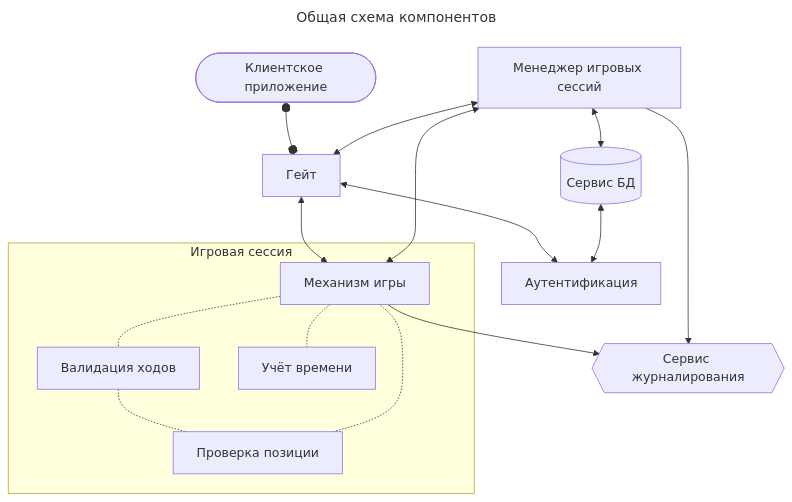
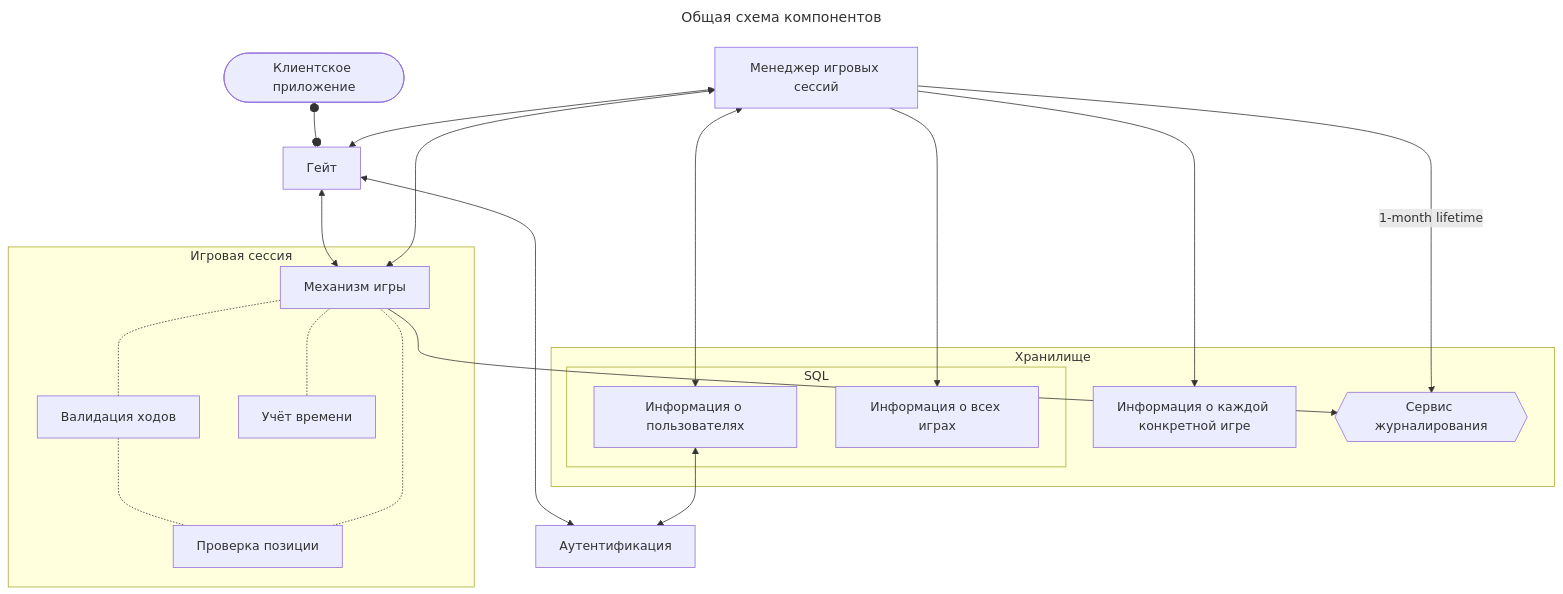
One commit to sadmadrus/chessBox changed the diagram in docs/arch.md. Above: the diagram before and after it, drawn with Mermaid.

Commit message:
arch update based on chat discussions

````diff
--- a/docs/arch.md
+++ b/docs/arch.md
@@ -4,25 +4,34 @@
 ```mermaid
 ---
 title: Общая схема компонентов
 ---
 flowchart TD
     Client([Клиентское приложение])
     Gate[Гейт]
     Auth[Аутентификация]
     GS[Менеджер игровых сессий]
-    DB[(Сервис БД)]
-    Logs{{Сервис журналирования}}
     subgraph ChessGame[Игровая сессия]
         Game[Механизм игры]
         MoveValidator[Валидация ходов]
         Position[Проверка позиции]
         Timing[Учёт времени]
         Game -.- Timing
+        Game -.- MoveValidator -.- Position -.- Game
+    end
+    subgraph Repository[Хранилище]
+        subgraph SQL[SQL]
+            User[Информация о пользователях]
+            GamesInfo[Информация о всех играх]
+        end
+        GameDetail[Информация о каждой конкретной игре]
+        Logs{{Сервис журналирования}}
     end
     Client o--o Gate <--> Auth 
     GS <--> Gate
-    GS <--> DB <--> Auth
-    GS --> Logs
+    GS <--> User <--> Auth
+    GS -- 1-month lifetime --> Logs
     Gate <--> Game --> Logs
-    GS <--> Game -.- MoveValidator -.- Position -.- Game
+    GS <--> Game
+    GS --> GamesInfo
+    GS --> GameDetail
 ```
````
